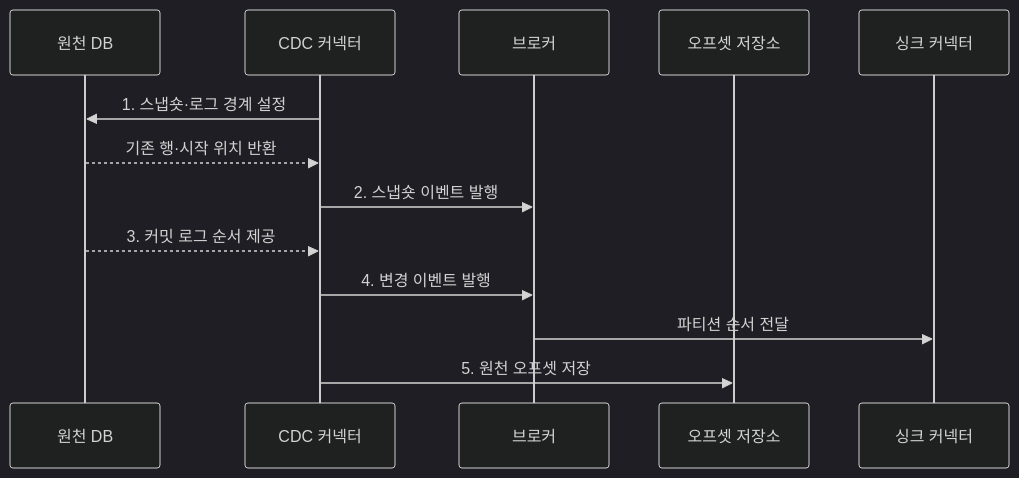
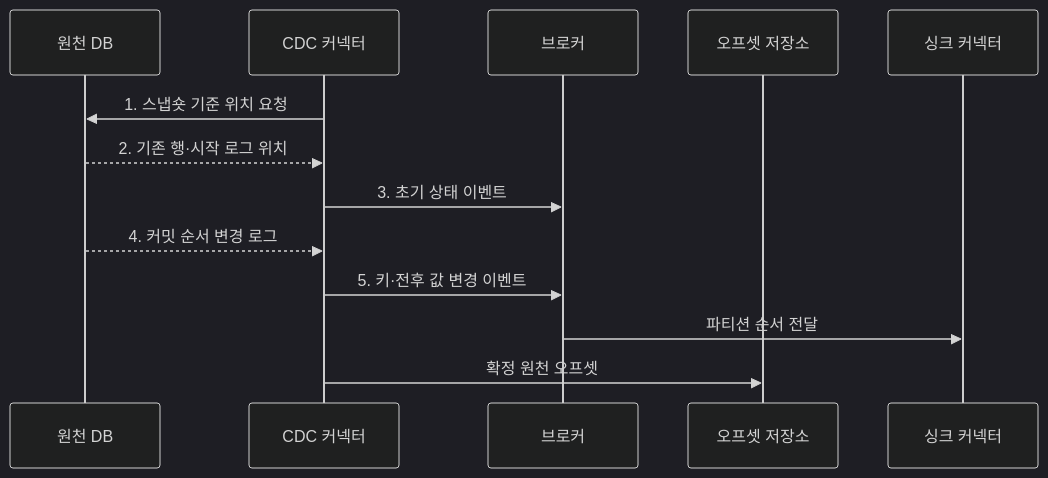
Before and after one commit to agnusdei1207/knowledge-base: the second of 2 diagrams in src/content/docs/notes/03-software/123_change_data_capture.md, drawn with Mermaid (dark theme). The commit also changed other lines of this file and 20 other files, not shown here.

````diff
--- a/src/content/docs/notes/03-software/123_change_data_capture.md
+++ b/src/content/docs/notes/03-software/123_change_data_capture.md
@@ -83,15 +89,15 @@
 ```mermaid
 sequenceDiagram
     participant D as 원천 DB
     participant C as CDC 커넥터
     participant B as 브로커
     participant O as 오프셋 저장소
     participant S as 싱크 커넥터
-    C->>D: 1. 스냅숏·로그 경계 설정
-    D-->>C: 기존 행·시작 위치 반환
-    C->>B: 2. 스냅숏 이벤트 발행
-    D-->>C: 3. 커밋 로그 순서 제공
-    C->>B: 4. 변경 이벤트 발행
+    C->>D: 1. 스냅숏 기준 위치 요청
+    D-->>C: 2. 기존 행·시작 로그 위치
+    C->>B: 3. 초기 상태 이벤트
+    D-->>C: 4. 커밋 순서 변경 로그
+    C->>B: 5. 키·전후 값 변경 이벤트
     B->>S: 파티션 순서 전달
-    C->>O: 5. 원천 오프셋 저장
+    C->>O: 확정 원천 오프셋
 ```
````
